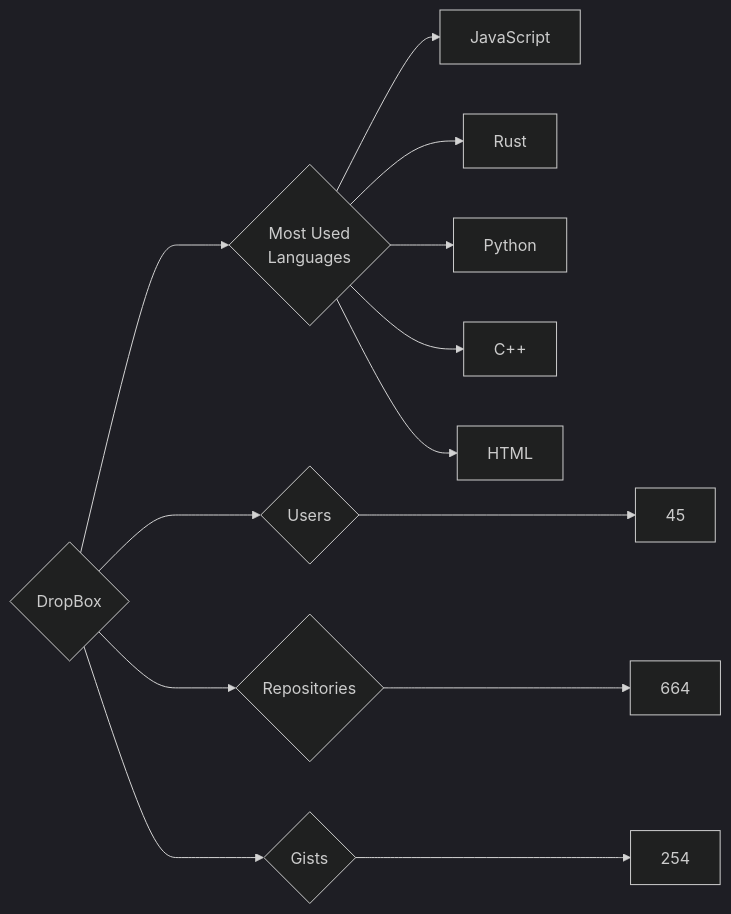
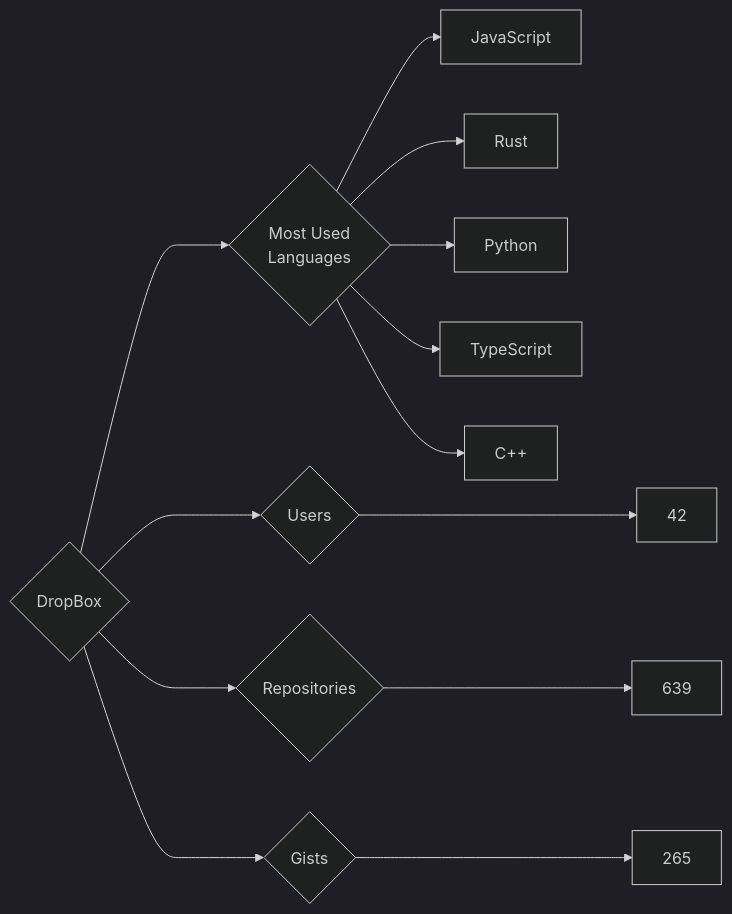
Before and after one commit to trickest/insiders: the diagram in targets/DropBox/README.md, drawn with Mermaid (dark theme). The commit also changed 749 other files, not shown here.

````diff
--- a/targets/DropBox/README.md
+++ b/targets/DropBox/README.md
@@ -3,13 +3,13 @@
 ```mermaid
 graph LR
 COMPANY_NAME{DropBox}
-COMPANY_NAME ---> U{Users} ---> UN[45]
-COMPANY_NAME ---> R{Repositories} ---> RN[664]
-COMPANY_NAME ---> G{Gists} ---> GN[254]
+COMPANY_NAME ---> U{Users} ---> UN[42]
+COMPANY_NAME ---> R{Repositories} ---> RN[639]
+COMPANY_NAME ---> G{Gists} ---> GN[265]
 COMPANY_NAME ---> ML{Most Used<br>Languages}
 ML --> JavaScript[JavaScript]
 ML --> Rust[Rust]
 ML --> Python[Python]
+ML --> TypeScript[TypeScript]
 ML --> C++[C++]
-ML --> HTML[HTML]
 ```
````
